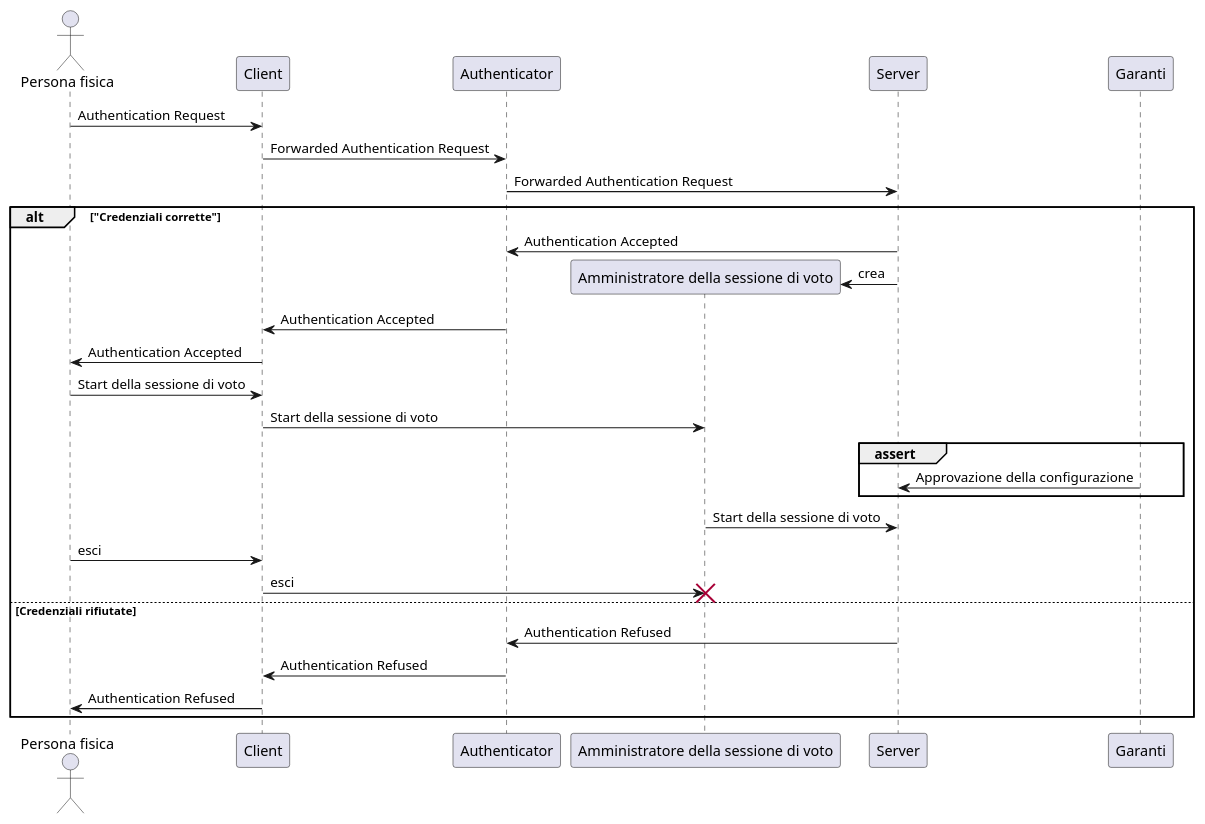
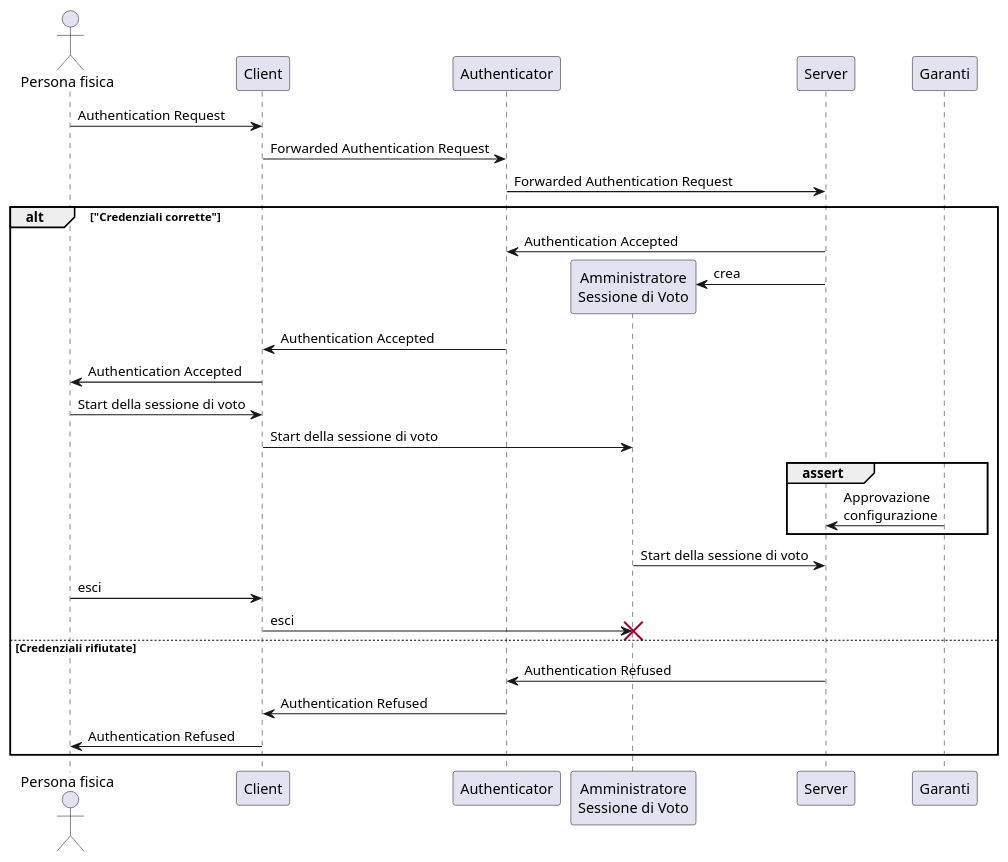
One commit to sgorblex-unimi/SVeSE_docs changed the diagram in UML/seqStart.puml. Above: the diagram before and after it, drawn with PlantUML. The commit also changed 2 other files, not shown here.

```diff
--- a/UML/seqStart.puml
+++ b/UML/seqStart.puml
@@ -1,37 +1,37 @@
 @startuml
 actor "Persona fisica" as P
 participant "Client" as C
 participant "Authenticator" as A  
-participant "Amministratore della sessione di voto" as ASess
+participant "Amministratore\nSessione di Voto" as ASess
 participant "Server" as S 
 participant "Garanti" as G
 
 P -> C : Authentication Request
 C -> A : Forwarded Authentication Request
 A -> S : Forwarded Authentication Request
 
 
 alt "Credenziali corrette"
 
         S -> A: Authentication Accepted
 	S -> ASess **: crea
         A -> C: Authentication Accepted
         C -> P: Authentication Accepted
 	P -> C: Start della sessione di voto
 	C -> ASess: Start della sessione di voto
     	group assert 
-		G -> S: Approvazione della configurazione 
+		G -> S: Approvazione\nconfigurazione
    	end
 	ASess -> S: Start della sessione di voto
 	P -> C: esci
 	C -> ASess !!: esci
 
 
 else Credenziali rifiutate
 
     S -> A: Authentication Refused
     A -> C: Authentication Refused
     C -> P: Authentication Refused
 
 end
 @enduml
```
